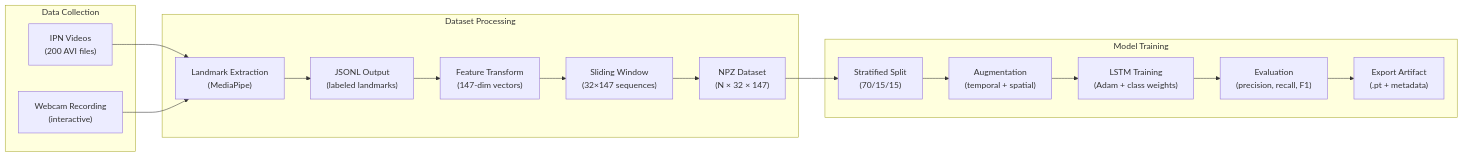
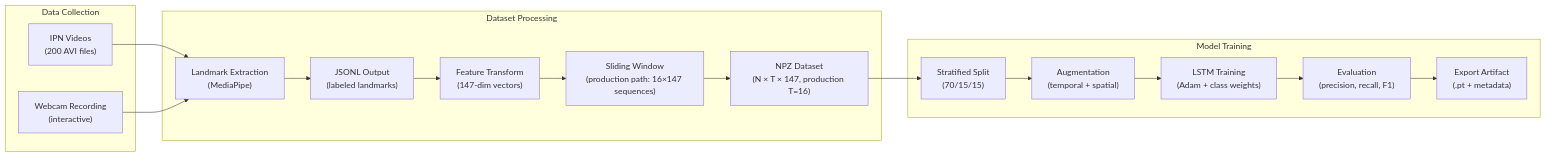
One commit to ntsrigaud/Maestro changed the second of 2 diagrams in docs/architecture/data-flow.md. Above: the diagram before and after it, drawn with Mermaid. The commit also changed other lines of this file, not shown here.

Commit message:
docs: update data flow with correct sliding-window buffer size of 16

````diff
--- a/docs/architecture/data-flow.md
+++ b/docs/architecture/data-flow.md
@@ -405,35 +407,35 @@
 ```mermaid
 graph LR
     subgraph Collection ["Data Collection"]
         Video["IPN Videos<br/>(200 AVI files)"]
         Webcam["Webcam Recording<br/>(interactive)"]
     end
 
     subgraph Processing ["Dataset Processing"]
         Extract["Landmark Extraction<br/>(MediaPipe)"]
         JSONL["JSONL Output<br/>(labeled landmarks)"]
         Feature["Feature Transform<br/>(147-dim vectors)"]
-        Window["Sliding Window<br/>(32×147 sequences)"]
-        NPZ["NPZ Dataset<br/>(N × 32 × 147)"]
+        Window["Sliding Window<br/>(production path: 16×147 sequences)"]
+        NPZ["NPZ Dataset<br/>(N × T × 147, production T=16)"]
     end
 
     subgraph Training ["Model Training"]
         Split["Stratified Split<br/>(70/15/15)"]
         Aug["Augmentation<br/>(temporal + spatial)"]
         LSTM2["LSTM Training<br/>(Adam + class weights)"]
         Eval["Evaluation<br/>(precision, recall, F1)"]
         Export["Export Artifact<br/>(.pt + metadata)"]
     end
 
     Video --> Extract
     Webcam --> Extract
     Extract --> JSONL
     JSONL --> Feature
     Feature --> Window
     Window --> NPZ
     NPZ --> Split
     Split --> Aug
     Aug --> LSTM2
     LSTM2 --> Eval
     Eval --> Export
 ```
````
